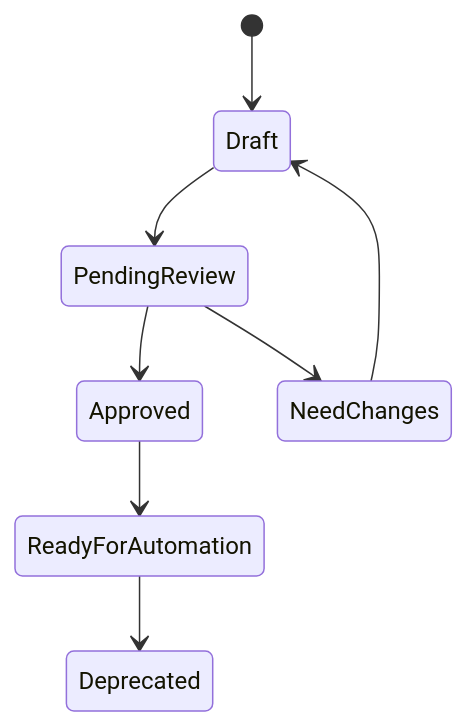
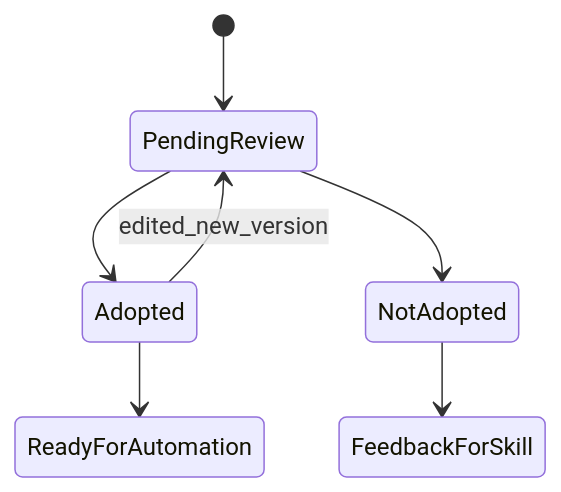
The fourth of 5 diagrams in docs/00-产品文档/00-01-AI测试系统-PRD.md (Elixir-Wang/aitest), drawn with Mermaid before and after one commit. The commit also changed other lines of this file and 5 other files, not shown here.

````diff
--- a/docs/00-产品文档/00-01-AI测试系统-PRD.md
+++ b/docs/00-产品文档/00-01-AI测试系统-PRD.md
@@ -1070,10 +1071,9 @@
 ```mermaid
 stateDiagram-v2
-    [*] --> Draft
-    Draft --> PendingReview
-    PendingReview --> Approved
-    PendingReview --> NeedChanges
-    NeedChanges --> Draft
-    Approved --> ReadyForAutomation
-    ReadyForAutomation --> Deprecated
+    [*] --> PendingReview
+    PendingReview --> Adopted
+    PendingReview --> NotAdopted
+    Adopted --> ReadyForAutomation
+    Adopted --> PendingReview: edited_new_version
+    NotAdopted --> FeedbackForSkill
 ```
````
